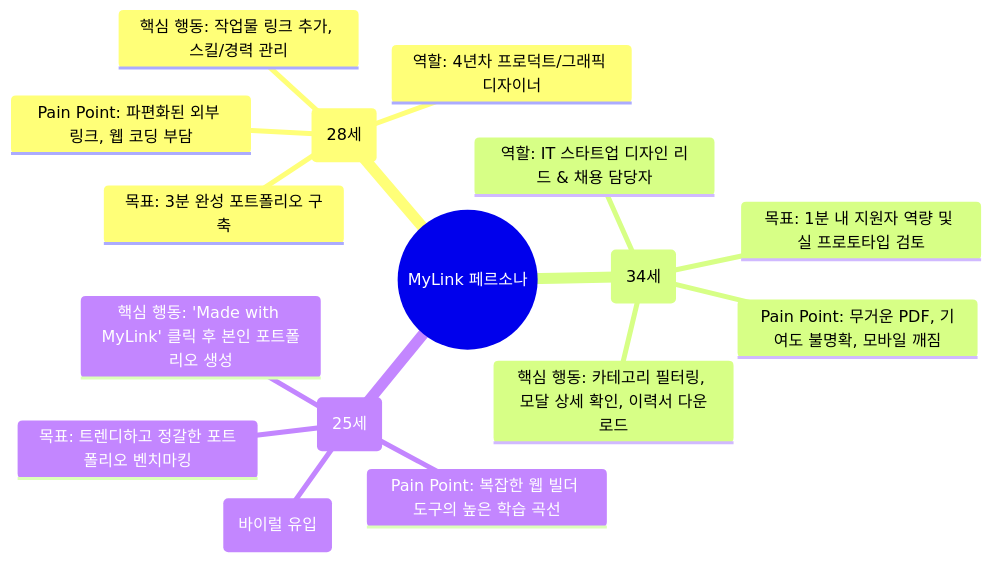
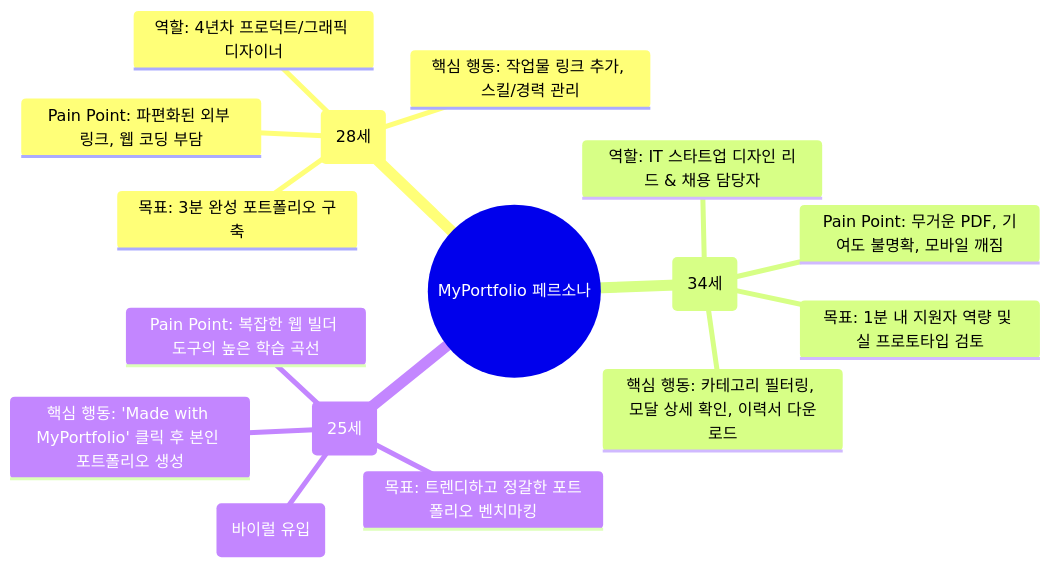
One commit to nxjiwxx/my-link-2026 changed the first of 2 diagrams in docs/user_scenario.md. Above: the diagram before and after it, drawn with Mermaid. The commit also changed other lines of this file and 37 other files, not shown here.

````diff
--- a/docs/user_scenario.md
+++ b/docs/user_scenario.md
@@ -21,19 +21,19 @@
 ```mermaid
 mindmap
-  root((MyLink 페르소나))
+  root((MyPortfolio 페르소나))
     Primary::이도현(28세)
       역할: 4년차 프로덕트/그래픽 디자이너
       목표: 3분 완성 포트폴리오 구축
       Pain Point: 파편화된 외부 링크, 웹 코딩 부담
       핵심 행동: 작업물 링크 추가, 스킬/경력 관리
     Secondary::강유진(34세)
       역할: IT 스타트업 디자인 리드 & 채용 담당자
       목표: 1분 내 지원자 역량 및 실 프로토타입 검토
       Pain Point: 무거운 PDF, 기여도 불명확, 모바일 깨짐
       핵심 행동: 카테고리 필터링, 모달 상세 확인, 이력서 다운로드
     Tertiary::박지호(25세)
       역할: 신입 UI/UX 디자이너 (바이럴 유입)
       목표: 트렌디하고 정갈한 포트폴리오 벤치마킹
       Pain Point: 복잡한 웹 빌더 도구의 높은 학습 곡선
-      핵심 행동: 'Made with MyLink' 클릭 후 본인 포트폴리오 생성
+      핵심 행동: 'Made with MyPortfolio' 클릭 후 본인 포트폴리오 생성
 ```
````
